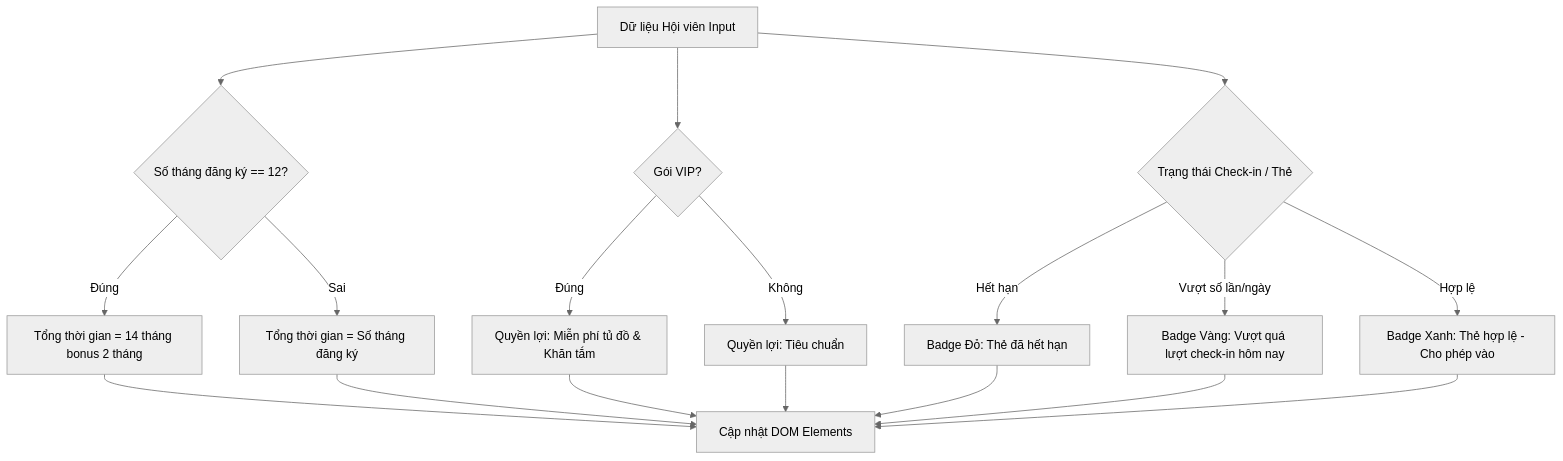
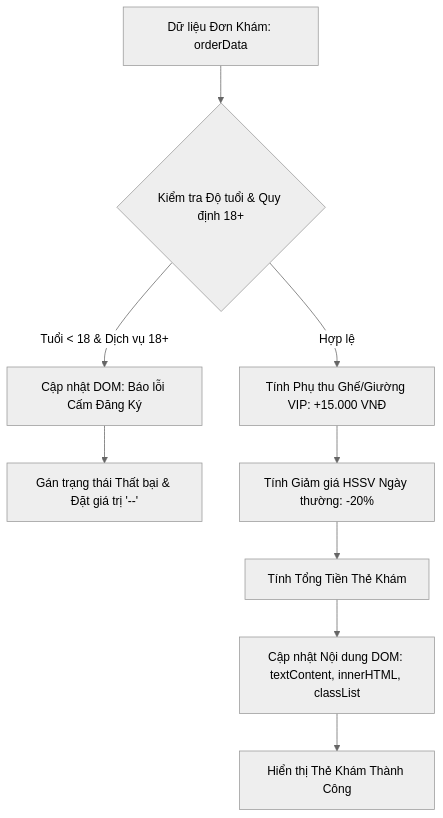
The diagram in output/pms/Phát_triển_ứng_dụng_web/Session 17 - Tương tác DOM API (Document Object Model)- Truy xuất và Thay đổi Nội dung/Bài tập/bai_tap_4.md (ngoquy12/learning_material), drawn with Mermaid (neutral theme) before and after one commit. The commit also changed other lines of this file and 116 other files, not shown here.

Commit message:
fix(homework): standardize 15-exercise Bloom suite naming convention, add synthesis/mindmap exercises, clean legacy stubs, and integrate HomeworkReviewerAgent

````diff
--- a/output/pms/Phát_triển_ứng_dụng_web/Session 17 - Tương tác DOM API (Document Object Model)- Truy xuất và Thay đổi Nội dung/Bài tập/bai_tap_4.md
+++ b/output/pms/Phát_triển_ứng_dụng_web/Session 17 - Tương tác DOM API (Document Object Model)- Truy xuất và Thay đổi Nội dung/Bài tập/bai_tap_4.md
@@ -16,23 +16,11 @@
 ```mermaid
 graph TD
-    A[Dữ liệu Hội viên Input] --> B{Số tháng đăng ký == 12?}
-    B -- Đúng --> C[Tổng thời gian = 14 tháng bonus 2 tháng]
-    B -- Sai --> D[Tổng thời gian = Số tháng đăng ký]
-    
-    A --> E{Gói VIP?}
-    E -- Đúng --> F[Quyền lợi: Miễn phí tủ đồ & Khăn tắm]
-    E -- Không --> G[Quyền lợi: Tiêu chuẩn]
-    
-    A --> H{Trạng thái Check-in / Thẻ}
-    H -- Hết hạn --> I[Badge Đỏ: Thẻ đã hết hạn]
-    H -- Vượt số lần/ngày --> J[Badge Vàng: Vượt quá lượt check-in hôm nay]
-    H -- Hợp lệ --> K[Badge Xanh: Thẻ hợp lệ - Cho phép vào]
-
-    C --> L[Cập nhật DOM Elements]
-    D --> L
-    F --> L
-    G --> L
-    I --> L
-    J --> L
-    K --> L
+    A[Dữ liệu Đơn Khám: orderData] --> B{Kiểm tra Độ tuổi & Quy định 18+}
+    B -- Tuổi < 18 & Dịch vụ 18+ --> C[Cập nhật DOM: Báo lỗi Cấm Đăng Ký]
+    C --> D[Gán trạng thái Thất bại & Đặt giá trị '--']
+    B -- Hợp lệ --> E[Tính Phụ thu Ghế/Giường VIP: +15.000 VNĐ]
+    E --> F[Tính Giảm giá HSSV Ngày thường: -20%]
+    F --> G[Tính Tổng Tiền Thẻ Khám]
+    G --> H[Cập nhật Nội dung DOM: textContent, innerHTML, classList]
+    H --> I[Hiển thị Thẻ Khám Thành Công]
 ```
````
